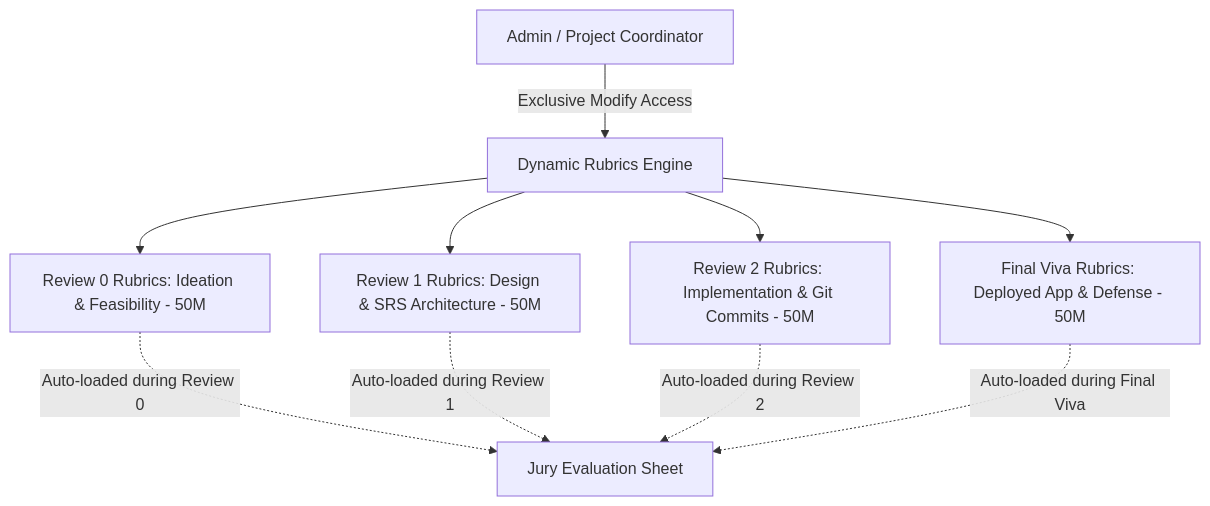
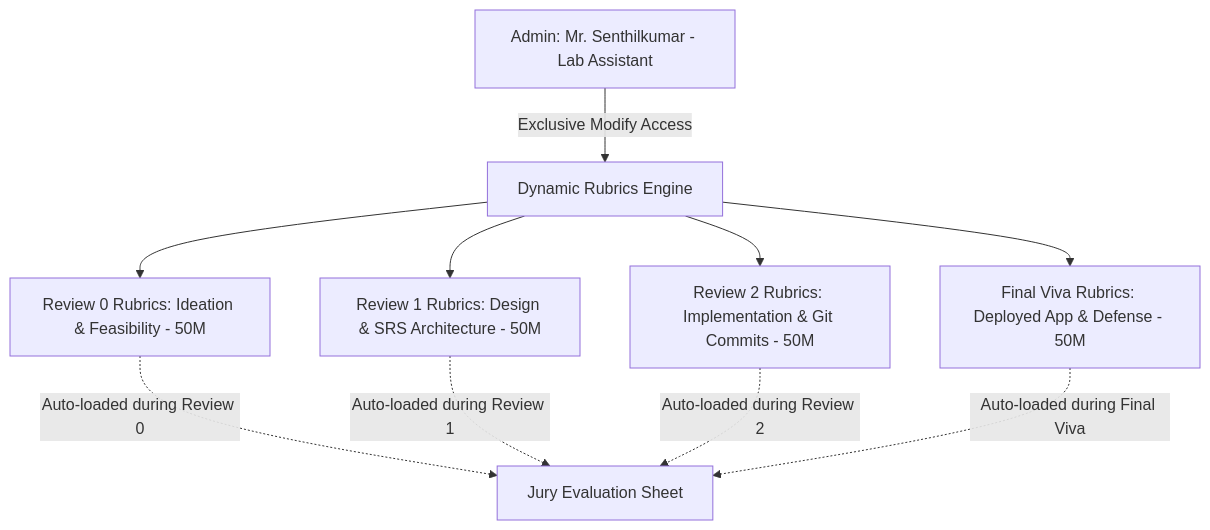
Before and after one commit to Yogeshwaran-11/ProjectEval: the first of 2 diagrams in college_project_evaluation_system_design.md, drawn with Mermaid. The commit also changed other lines of this file and 11 other files, not shown here.

Commit message:
feat: Full-stack backend service layer, Supabase PostgreSQL schema v3.1, and multi-tab realtime sync

````diff
--- a/college_project_evaluation_system_design.md
+++ b/college_project_evaluation_system_design.md
@@ -85,14 +76,14 @@
 ```mermaid
 graph TD
-    ADMIN[Admin / Project Coordinator] -->|Exclusive Modify Access| RE_ENGINE[Dynamic Rubrics Engine]
+    ADMIN[Admin: Mr. Senthilkumar - Lab Assistant] -->|Exclusive Modify Access| RE_ENGINE[Dynamic Rubrics Engine]
     
     RE_ENGINE --> R0[Review 0 Rubrics: Ideation & Feasibility - 50M]
     RE_ENGINE --> R1[Review 1 Rubrics: Design & SRS Architecture - 50M]
     RE_ENGINE --> R2[Review 2 Rubrics: Implementation & Git Commits - 50M]
     RE_ENGINE --> RF[Final Viva Rubrics: Deployed App & Defense - 50M]
 
     R0 -.->|Auto-loaded during Review 0| JURY[Jury Evaluation Sheet]
     R1 -.->|Auto-loaded during Review 1| JURY
     R2 -.->|Auto-loaded during Review 2| JURY
     RF -.->|Auto-loaded during Final Viva| JURY
 ```
````
